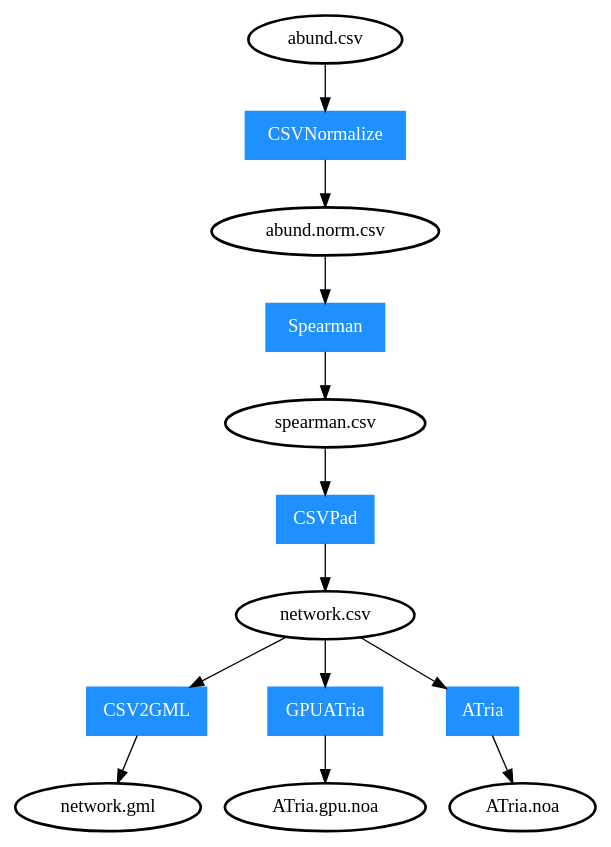
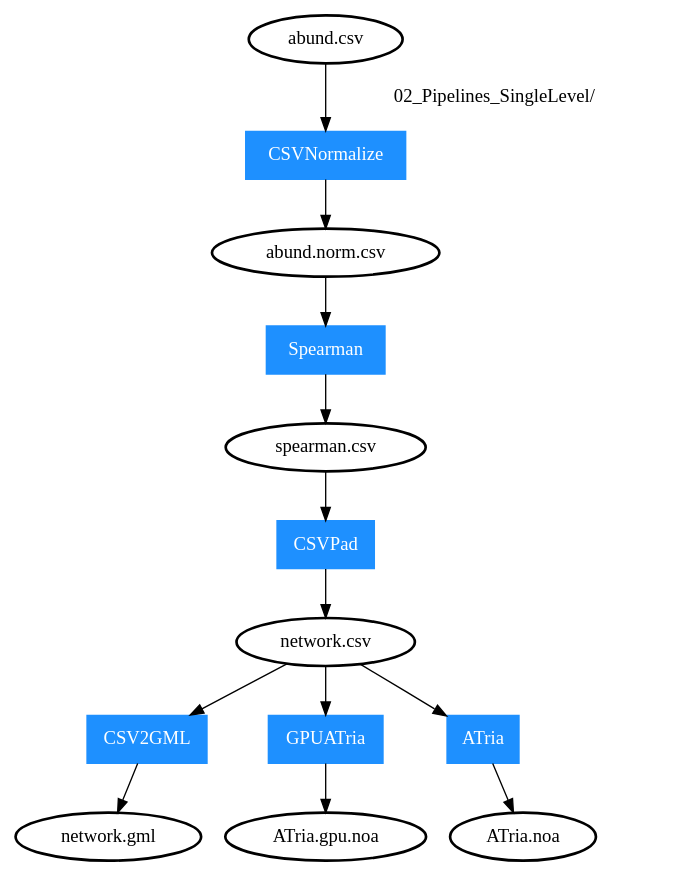
The diagram in 02_Pipelines_SingleLevel/expected.dot (movingpictures83/PipeViz), drawn with Graphviz before and after one commit. The commit also changed 1 other file, not shown here.

Commit message:
Update expected for pipelines tests

```diff
--- a/02_Pipelines_SingleLevel/expected.dot
+++ b/02_Pipelines_SingleLevel/expected.dot
@@ -1,15 +1,33 @@
 digraph G {
 	node [style=bold];
-	"abund.csv"->"0"->"abund.norm.csv";
-	"abund.norm.csv"->"1"->"spearman.csv";
-	"spearman.csv"->"2"->"network.csv";
-	"network.csv"->"3"->"network.gml";
-	"network.csv"->"4"->"ATria.gpu.noa";
-	"network.csv"->"5"->"ATria.noa";
+	"02_Pipelines_SingleLevel/abund.csv"->"0" [label = "	02_Pipelines_SingleLevel/	"];
+	"0"->"02_Pipelines_SingleLevel/abund.norm.csv";
+	"02_Pipelines_SingleLevel/abund.csv" [label = "abund.csv"];
+	"02_Pipelines_SingleLevel/abund.norm.csv" [label = "abund.norm.csv"];
+	"02_Pipelines_SingleLevel/abund.norm.csv"->"1";
+	"1"->"02_Pipelines_SingleLevel/spearman.csv";
+	"02_Pipelines_SingleLevel/abund.norm.csv" [label = "abund.norm.csv"];
+	"02_Pipelines_SingleLevel/spearman.csv" [label = "spearman.csv"];
+	"02_Pipelines_SingleLevel/spearman.csv"->"2";
+	"2"->"02_Pipelines_SingleLevel/network.csv";
+	"02_Pipelines_SingleLevel/spearman.csv" [label = "spearman.csv"];
+	"02_Pipelines_SingleLevel/network.csv" [label = "network.csv"];
+	"02_Pipelines_SingleLevel/network.csv"->"3";
+	"3"->"02_Pipelines_SingleLevel/network.gml";
+	"02_Pipelines_SingleLevel/network.csv" [label = "network.csv"];
+	"02_Pipelines_SingleLevel/network.gml" [label = "network.gml"];
+	"02_Pipelines_SingleLevel/network.csv"->"4";
+	"4"->"02_Pipelines_SingleLevel/ATria.gpu.noa";
+	"02_Pipelines_SingleLevel/network.csv" [label = "network.csv"];
+	"02_Pipelines_SingleLevel/ATria.gpu.noa" [label = "ATria.gpu.noa"];
+	"02_Pipelines_SingleLevel/network.csv"->"5";
+	"5"->"02_Pipelines_SingleLevel/ATria.noa";
+	"02_Pipelines_SingleLevel/network.csv" [label = "network.csv"];
+	"02_Pipelines_SingleLevel/ATria.noa" [label = "ATria.noa"];
 	"0" [label="CSVNormalize", shape=box, color=dodgerblue1, fontcolor=white, style=filled];
 	"1" [label="Spearman", shape=box, color=dodgerblue1, fontcolor=white, style=filled];
 	"2" [label="CSVPad", shape=box, color=dodgerblue1, fontcolor=white, style=filled];
 	"3" [label="CSV2GML", shape=box, color=dodgerblue1, fontcolor=white, style=filled];
 	"4" [label="GPUATria", shape=box, color=dodgerblue1, fontcolor=white, style=filled];
 	"5" [label="ATria", shape=box, color=dodgerblue1, fontcolor=white, style=filled];
 }
```
